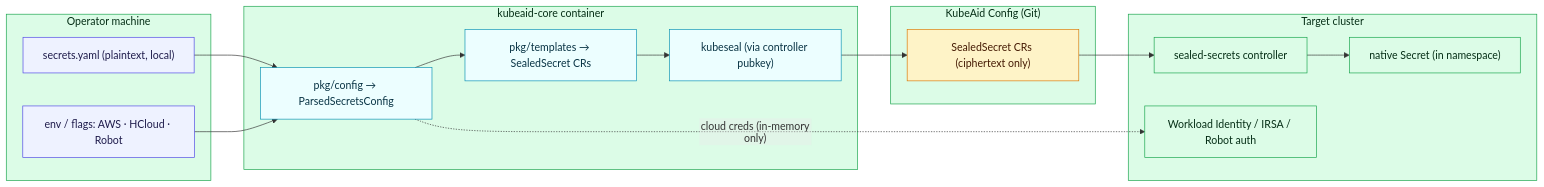
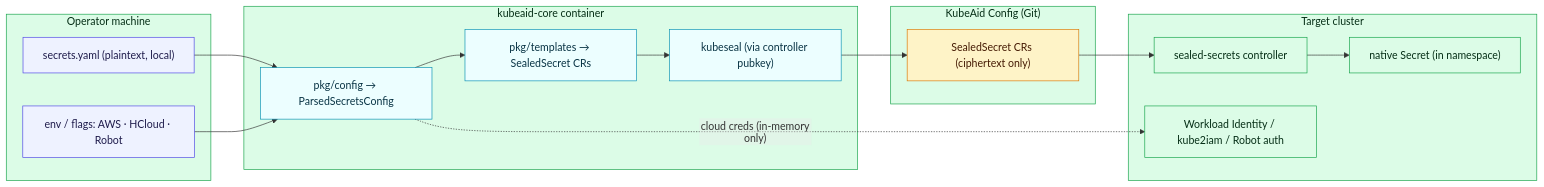
Before and after one commit to Obmondo/kubeaid-cli: diagram 11 of 11 in docs/architecture.md, drawn with Mermaid. The commit also changed other lines of this file and 9 other files, not shown here.

````diff
--- a/docs/architecture.md
+++ b/docs/architecture.md
@@ -484,39 +484,39 @@
 ```mermaid
 %%{init: {'flowchart': {'htmlLabels': false}}}%%
 flowchart LR
   subgraph OP["Operator machine"]
     sy["secrets.yaml (plaintext, local)"]
     env["env / flags: AWS · HCloud · Robot"]
   end
 
   subgraph CORE["kubeaid-core container"]
     parse["pkg/config → ParsedSecretsConfig"]
     render["pkg/templates → SealedSecret CRs"]
     kubeseal["kubeseal (via controller pubkey)"]
   end
 
   subgraph REPO["KubeAid Config (Git)"]
     ss["SealedSecret CRs (ciphertext only)"]
   end
 
   subgraph TGT["Target cluster"]
     ssc["sealed-secrets controller"]
     k8s["native Secret (in namespace)"]
-    wi["Workload Identity / IRSA / Robot auth"]
+    wi["Workload Identity / kube2iam / Robot auth"]
   end
 
   sy --> parse
   env --> parse
   parse --> render --> kubeseal --> ss
   ss --> ssc --> k8s
   parse -. "cloud creds (in-memory only)" .-> wi
 
   classDef op fill:#eef2ff,stroke:#4f46e5,color:#1e1b4b;
   classDef engine fill:#ecfeff,stroke:#0891b2,color:#083344;
   classDef git fill:#fef3c7,stroke:#d97706,color:#451a03;
   classDef cluster fill:#dcfce7,stroke:#16a34a,color:#052e16;
   class sy,env op;
   class parse,render,kubeseal engine;
   class ss git;
   class ssc,k8s,wi cluster;
 ```
````
